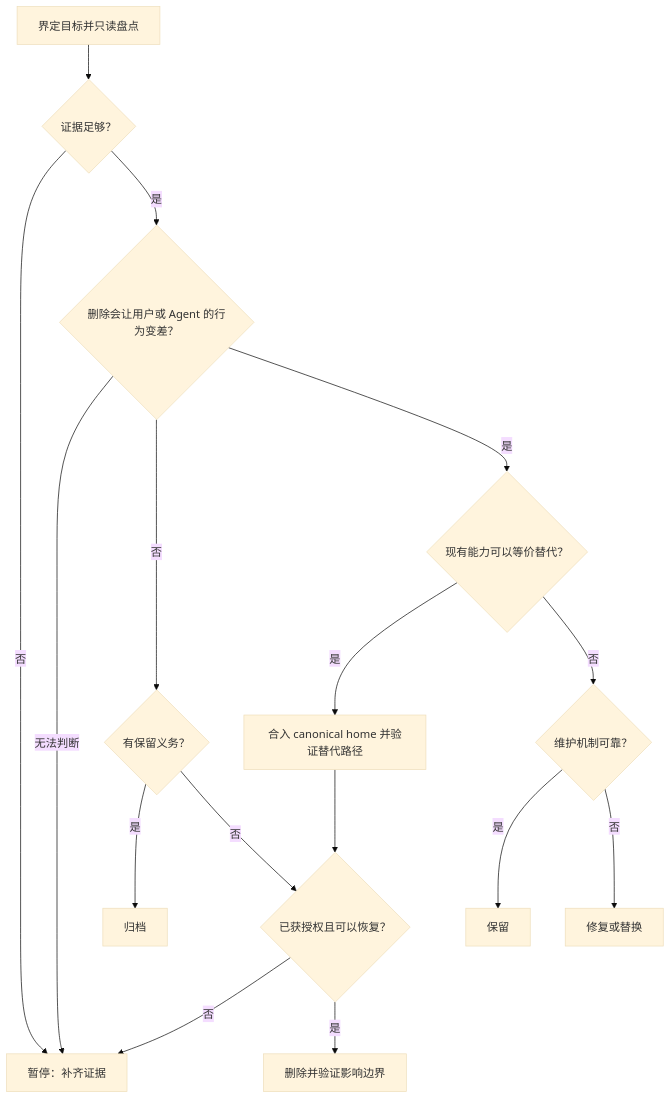
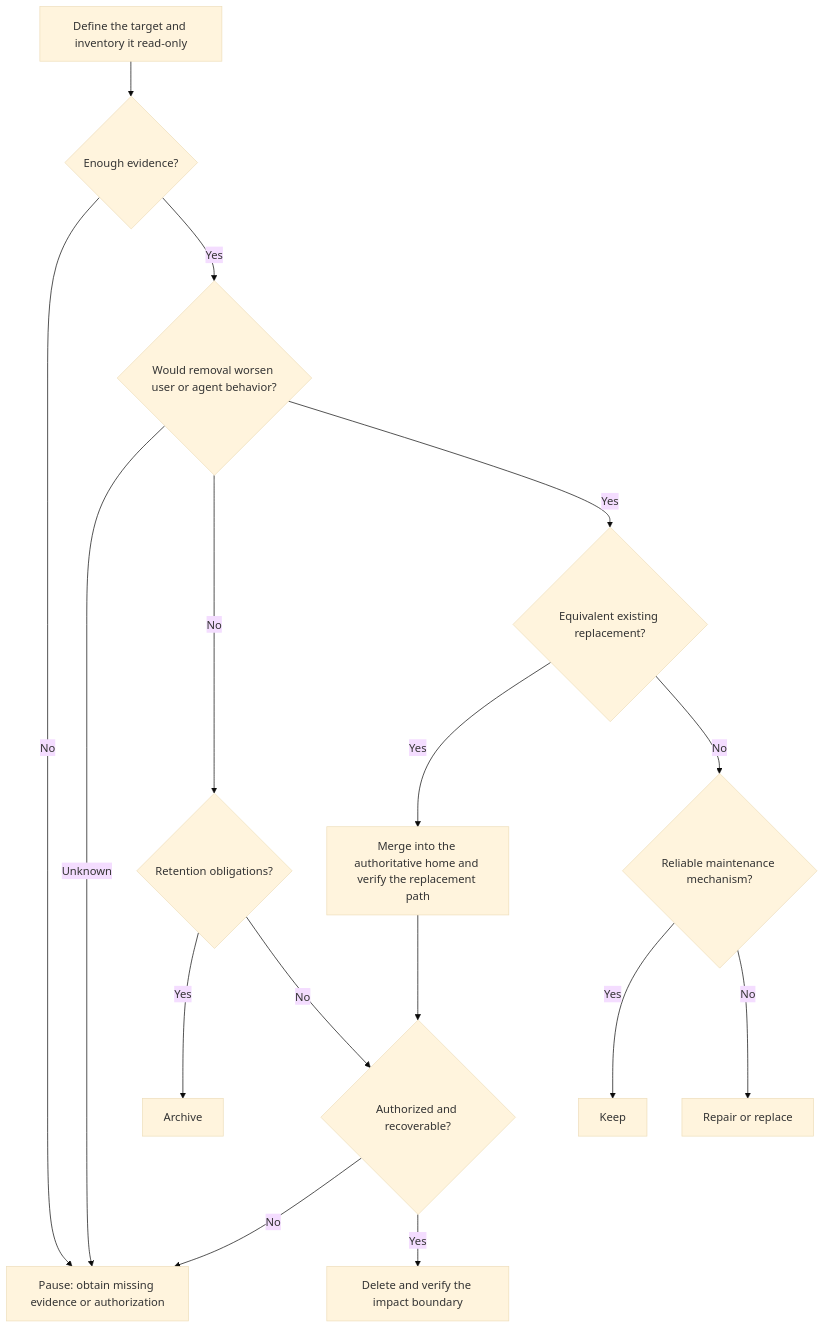
One commit to zhaidewei/da-sao-chu changed the diagram in README.md. Above: the diagram before and after it, drawn with Mermaid (base theme). The commit also changed other lines of this file and 3 other files, not shown here.

````diff
--- a/README.md
+++ b/README.md
@@ -43,18 +45,18 @@
 ```mermaid
 flowchart TD
-    A["界定目标并只读盘点"] --> B{"证据足够？"}
-    B -- "否" --> P["暂停：补齐证据"]
-    B -- "是" --> C{"删除会让用户或 Agent 的行为变差？"}
-    C -- "无法判断" --> P
-    C -- "否" --> D{"有保留义务？"}
-    D -- "是" --> R["归档"]
-    D -- "否" --> G{"已获授权且可以恢复？"}
-    C -- "是" --> E{"现有能力可以等价替代？"}
-    E -- "是" --> M["合入 canonical home 并验证替代路径"]
+    A["Define the target and inventory it read-only"] --> B{"Enough evidence?"}
+    B -- "No" --> P["Pause: obtain missing evidence or authorization"]
+    B -- "Yes" --> C{"Would removal worsen user or agent behavior?"}
+    C -- "Unknown" --> P
+    C -- "No" --> D{"Retention obligations?"}
+    D -- "Yes" --> R["Archive"]
+    D -- "No" --> G{"Authorized and recoverable?"}
+    C -- "Yes" --> E{"Equivalent existing replacement?"}
+    E -- "Yes" --> M["Merge into the authoritative home and verify the replacement path"]
     M --> G
-    E -- "否" --> F{"维护机制可靠？"}
-    F -- "是" --> K["保留"]
-    F -- "否" --> N["修复或替换"]
-    G -- "否" --> P
-    G -- "是" --> X["删除并验证影响边界"]
+    E -- "No" --> F{"Reliable maintenance mechanism?"}
+    F -- "Yes" --> K["Keep"]
+    F -- "No" --> N["Repair or replace"]
+    G -- "No" --> P
+    G -- "Yes" --> X["Delete and verify the impact boundary"]
 ```
````
